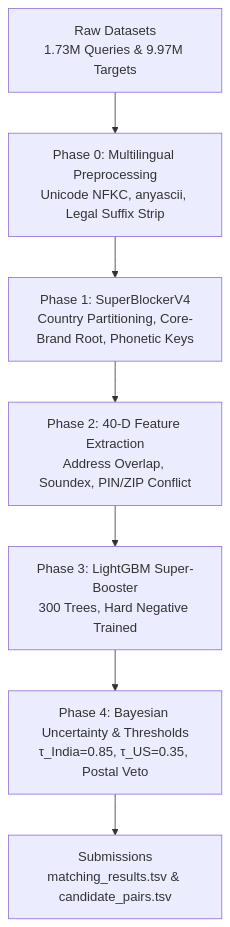
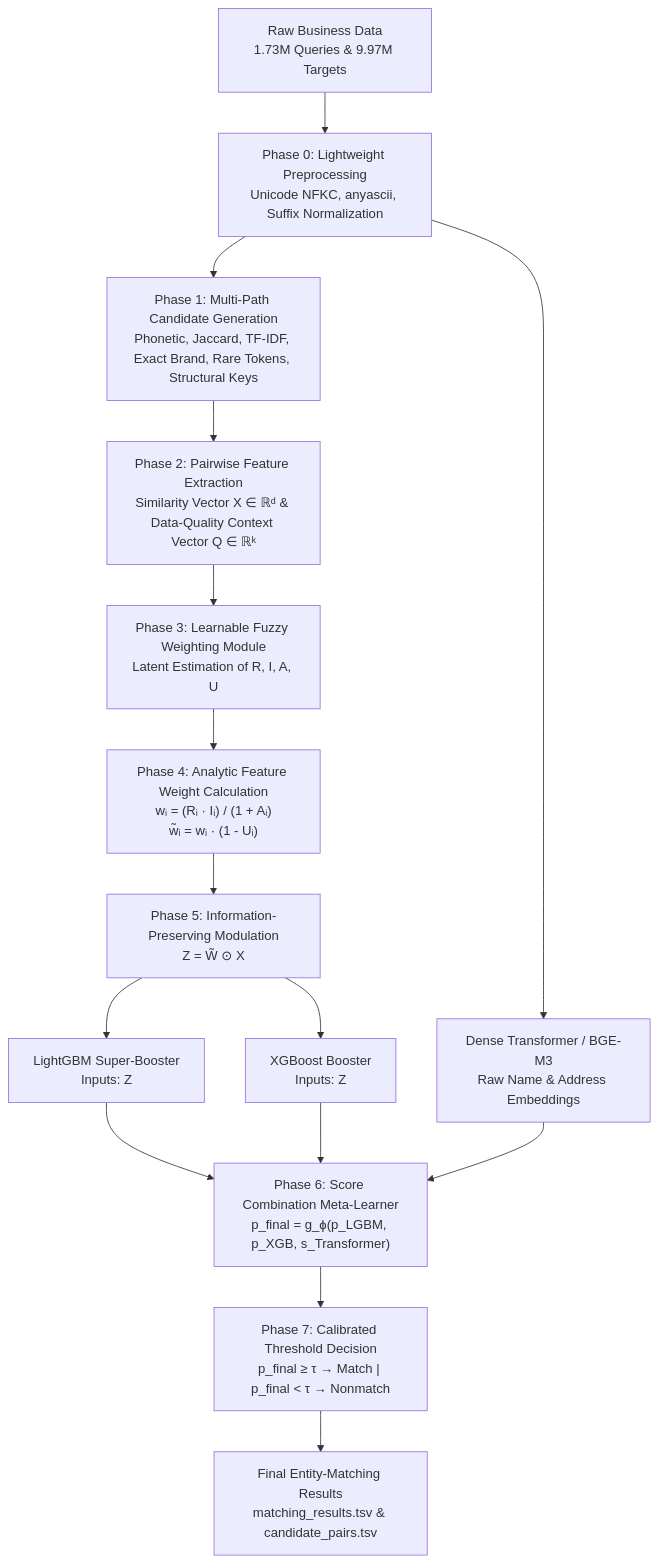
The diagram in README.md (Priyanshu-1477/Multillingual-Entity-Resolution-System), drawn with Mermaid before and after one commit. The commit also changed other lines of this file, not shown here.

First line of the commit message:
Revise README for multilingual entity resolution system

````diff
--- a/README.md
+++ b/README.md
@@ -30,9 +56,17 @@
 ```mermaid
 flowchart TD
-    A[Raw Datasets\n1.73M Queries & 9.97M Targets] --> B[Phase 0: Multilingual Preprocessing\nUnicode NFKC, anyascii, Legal Suffix Strip]
-    B --> C[Phase 1: SuperBlockerV4\nCountry Partitioning, Core-Brand Root, Phonetic Keys]
-    C --> D[Phase 2: 40-D Feature Extraction\nAddress Overlap, Soundex, PIN/ZIP Conflict]
-    D --> E[Phase 3: LightGBM Super-Booster\n300 Trees, Hard Negative Trained]
-    E --> F[Phase 4: Bayesian Uncertainty & Thresholds\nτ_India=0.85, τ_US=0.35, Postal Veto]
-    F --> G[Submissions\nmatching_results.tsv & candidate_pairs.tsv]
+    A[Raw Business Data\n1.73M Queries & 9.97M Targets] --> B[Phase 0: Lightweight Preprocessing\nUnicode NFKC, anyascii, Suffix Normalization]
+    B --> C[Phase 1: Multi-Path Candidate Generation\nPhonetic, Jaccard, TF-IDF, Exact Brand, Rare Tokens, Structural Keys]
+    C --> D[Phase 2: Pairwise Feature Extraction\nSimilarity Vector X ∈ ℝᵈ & Data-Quality Context Vector Q ∈ ℝᵏ]
+    D --> E[Phase 3: Learnable Fuzzy Weighting Module\nLatent Estimation of R, I, A, U]
+    E --> F["Phase 4: Analytic Feature Weight Calculation\nwᵢ = (Rᵢ · Iᵢ) / (1 + Aᵢ)\nw̃ᵢ = wᵢ · (1 - Uᵢ)"]
+    F --> G["Phase 5: Information-Preserving Modulation\nZ = W̃ ⊙ X"]
+    G --> H1[LightGBM Super-Booster\nInputs: Z]
+    G --> H2[XGBoost Booster\nInputs: Z]
+    B --> H3[Dense Transformer / BGE-M3\nRaw Name & Address Embeddings]
+    H1 --> I["Phase 6: Score Combination Meta-Learner\np_final = g_ϕ(p_LGBM, p_XGB, s_Transformer)"]
+    H2 --> I
+    H3 --> I
+    I --> J["Phase 7: Calibrated Threshold Decision\np_final ≥ τ → Match | p_final < τ → Nonmatch"]
+    J --> K[Final Entity-Matching Results\nmatching_results.tsv & candidate_pairs.tsv]
 ```
````
